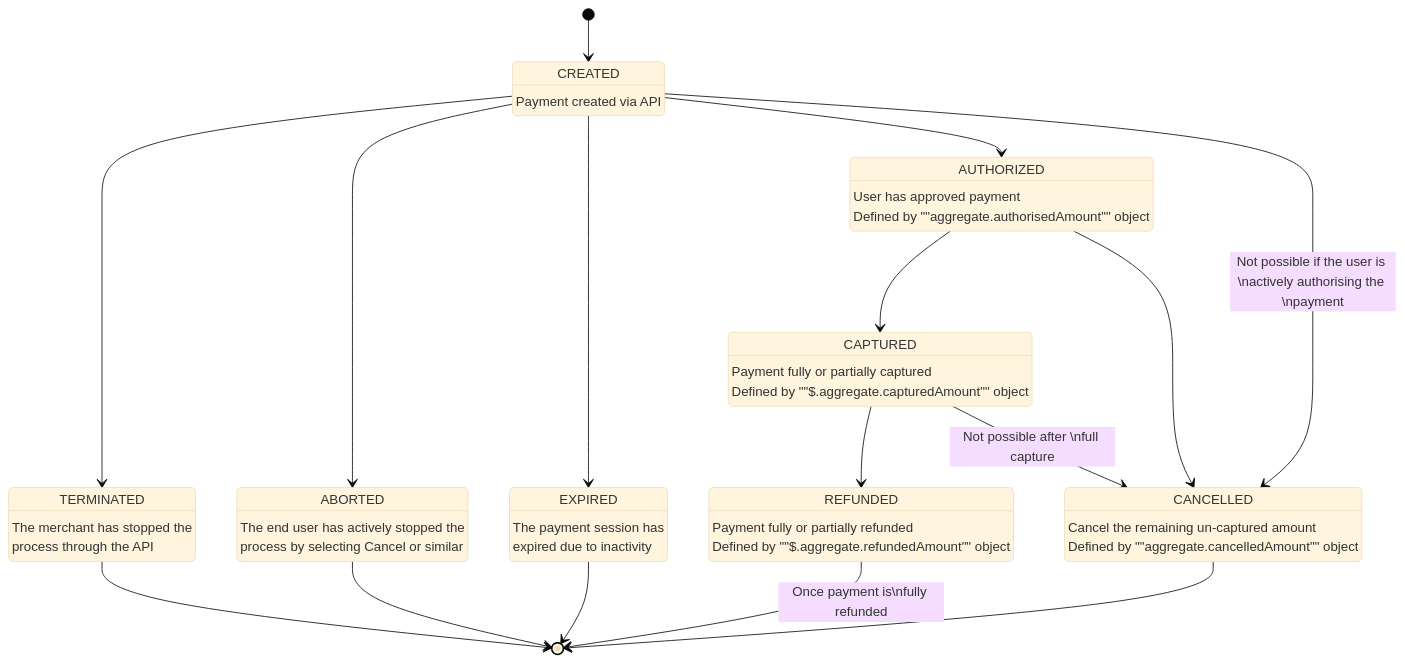
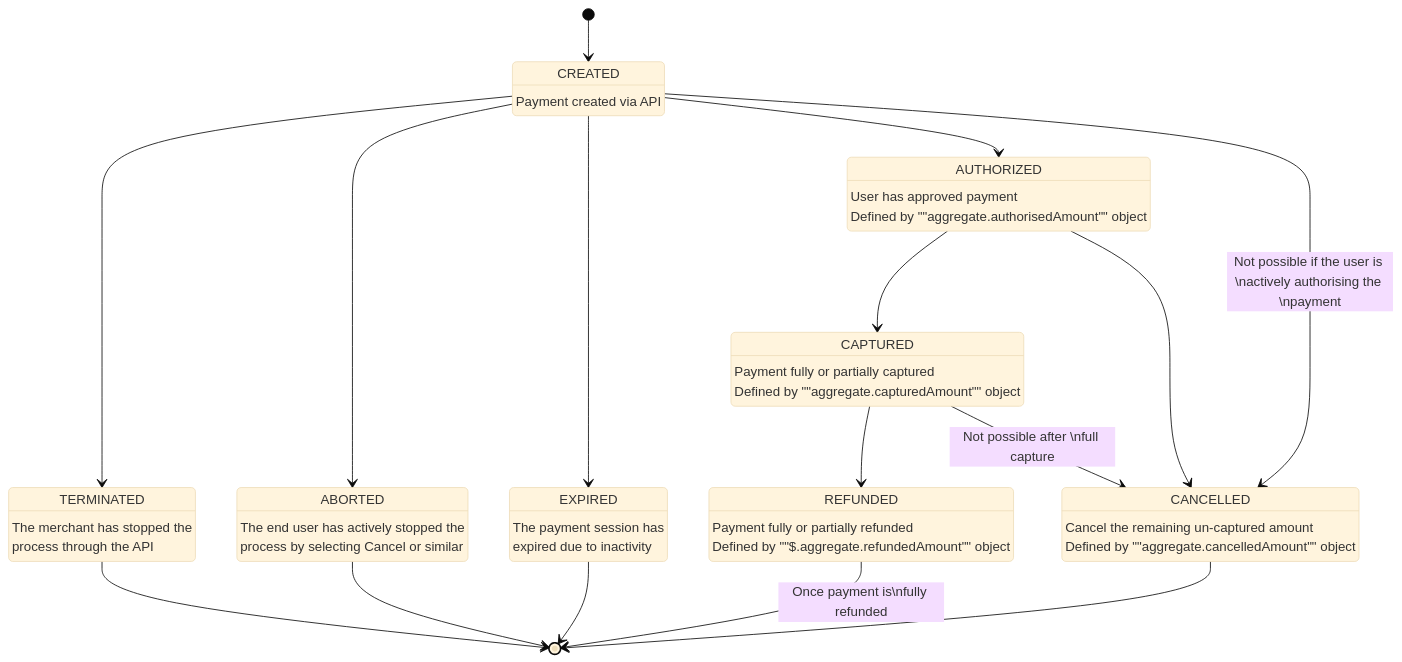
Before and after one commit to vippsas/vipps-epayment-api: the diagram in payment_states.md, drawn with Mermaid (base theme).

````diff
--- a/payment_states.md
+++ b/payment_states.md
@@ -19,34 +19,34 @@
 ``` mermaid
 stateDiagram
     [*] --> CREATED
 CREATED : CREATED
 CREATED : Payment created via API
 CREATED --> TERMINATED
 TERMINATED : TERMINATED
 TERMINATED : The merchant has stopped the\nprocess through the API
 TERMINATED --> [*]
 CREATED --> ABORTED
 ABORTED : ABORTED
 ABORTED : The end user has actively stopped the\nprocess by selecting Cancel or similar
 ABORTED --> [*]
 CREATED --> EXPIRED
 EXPIRED : EXPIRED
 EXPIRED : The payment session has\nexpired due to inactivity
 EXPIRED --> [*]
 CREATED --> AUTHORIZED
 AUTHORIZED : AUTHORIZED
 AUTHORIZED : User has approved payment\nDefined by ""aggregate.authorisedAmount"" object
 AUTHORIZED --> CAPTURED
 CAPTURED : CAPTURED
-CAPTURED : Payment fully or partially captured\nDefined by ""$.aggregate.capturedAmount"" object
+CAPTURED : Payment fully or partially captured\nDefined by ""aggregate.capturedAmount"" object
 CAPTURED --> REFUNDED
 REFUNDED : REFUNDED
 REFUNDED : Payment fully or partially refunded\nDefined by ""$.aggregate.refundedAmount"" object
 REFUNDED --> [*] : Once payment is\nfully refunded
 CREATED --> CANCELLED : Not possible if the user is \nactively authorising the \npayment
 AUTHORIZED --> CANCELLED 
 CAPTURED --> CANCELLED : Not possible after \nfull capture
 CANCELLED : CANCELLED
 CANCELLED : Cancel the remaining un-captured amount\nDefined by ""aggregate.cancelledAmount"" object
 CANCELLED --> [*]
 ```
````
